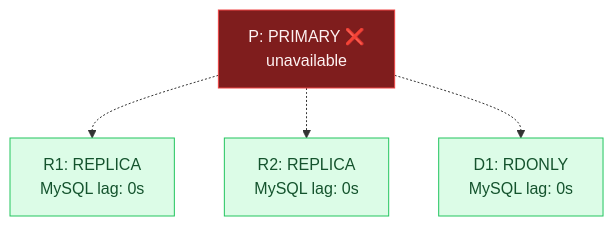
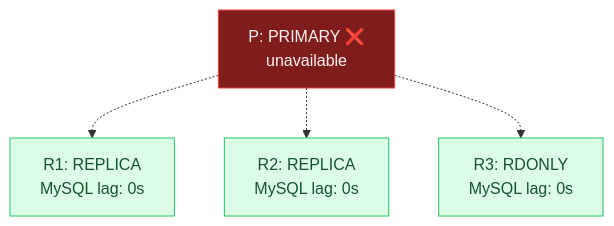
One commit to vitessio/website changed the first of 3 diagrams in content/en/blog/2026-09-24-hardening-emergency-reparent-shard.md. Above: the diagram before and after it, drawn with Mermaid. The commit also changed other lines of this file, not shown here.

Commit message:
Rename diagram tablet to R3

````diff
--- a/content/en/blog/2026-09-24-hardening-emergency-reparent-shard.md
+++ b/content/en/blog/2026-09-24-hardening-emergency-reparent-shard.md
@@ -21,16 +21,16 @@
 ```mermaid
 graph TD
     P["P: PRIMARY ❌<br/>unavailable"]
     R1["R1: REPLICA<br/>MySQL lag: 0s"]
     R2["R2: REPLICA<br/>MySQL lag: 0s"]
-    D1["D1: RDONLY<br/>MySQL lag: 0s"]
+    R3["R3: RDONLY<br/>MySQL lag: 0s"]
     P -.-> R1
     P -.-> R2
-    P -.-> D1
+    P -.-> R3
 
     classDef default fill:#f3f4f6,stroke:#6b7280,color:#111827
     classDef unavailable fill:#7f1d1d,stroke:#ef4444,color:#fef2f2
     classDef healthy fill:#dcfce7,stroke:#22c55e,color:#14532d
     class P unavailable
-    class R1,R2,D1 healthy
+    class R1,R2,R3 healthy
 ```
````
